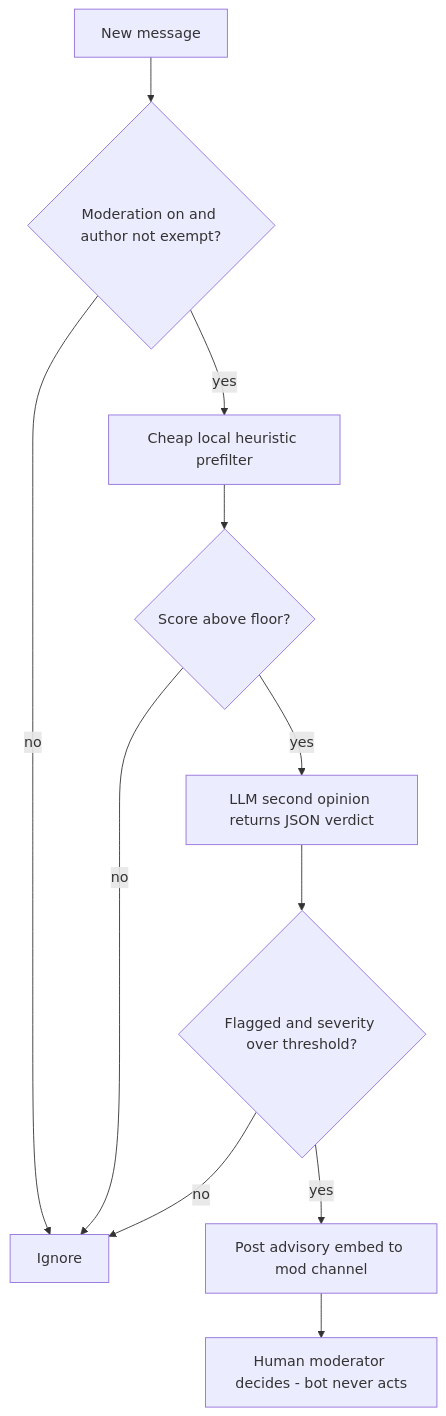
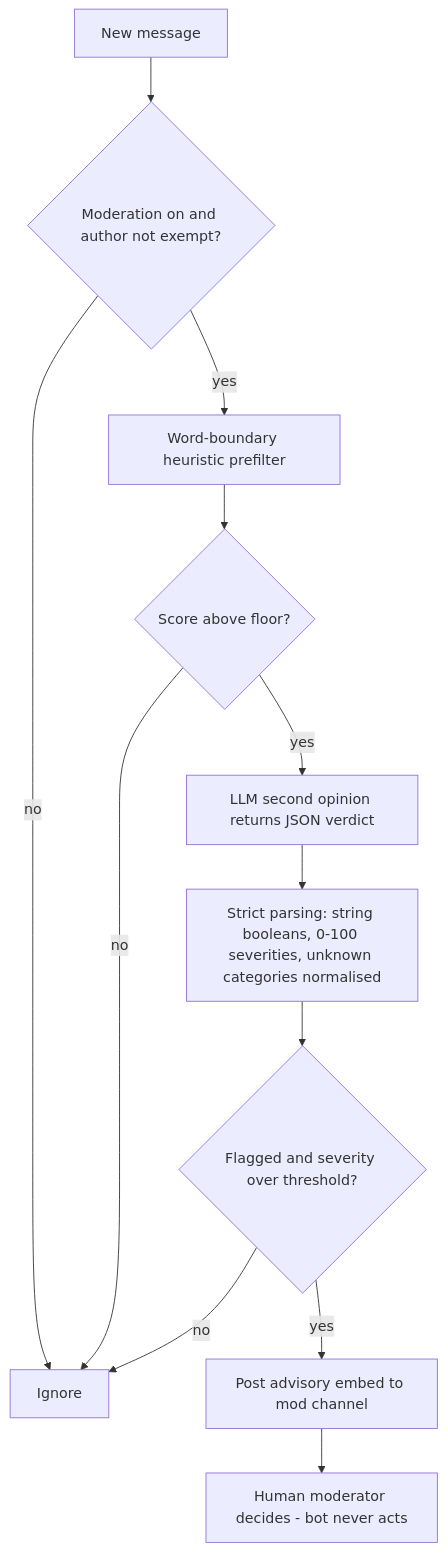
The third of 3 diagrams in README.md (AleBrito124356/discord-ai-bot), drawn with Mermaid before and after one commit. The commit also changed other lines of this file and 3 other files, not shown here.

````diff
--- a/README.md
+++ b/README.md
@@ -84,13 +184,14 @@
 ```mermaid
 flowchart TD
     M[New message] --> N{Moderation on and author not exempt?}
     N -- no --> Z[Ignore]
-    N -- yes --> P[Cheap local heuristic prefilter]
+    N -- yes --> P[Word-boundary heuristic prefilter]
     P --> Q{Score above floor?}
     Q -- no --> Z
     Q -- yes --> R[LLM second opinion returns JSON verdict]
-    R --> S{Flagged and severity over threshold?}
+    R --> V[Strict parsing: string booleans, 0-100 severities, unknown categories normalised]
+    V --> S{Flagged and severity over threshold?}
     S -- no --> Z
     S -- yes --> T[Post advisory embed to mod channel]
     T --> W[Human moderator decides - bot never acts]
 ```
````
